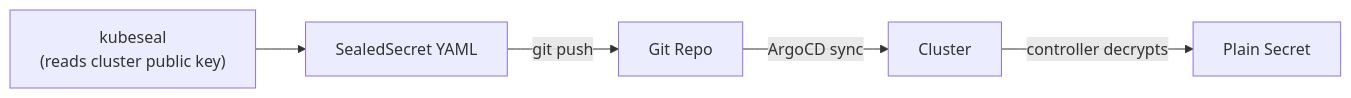
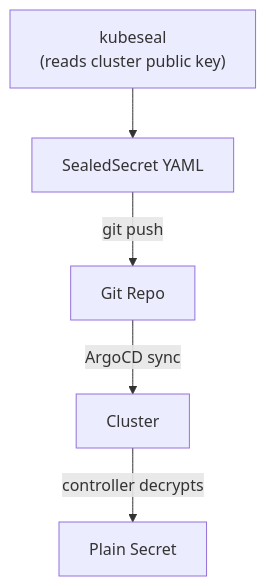
One commit to gilesknap/tpi-k3s-ansible changed the second of 2 diagrams in docs/explanations/gitops-flow.md. Above: the diagram before and after it, drawn with Mermaid. The commit also changed 10 other files, not shown here.

````diff
--- a/docs/explanations/gitops-flow.md
+++ b/docs/explanations/gitops-flow.md
@@ -80,7 +80,7 @@
 ```mermaid
-flowchart LR
+flowchart TB
     A["kubeseal<br/>(reads cluster public key)"] --> B["SealedSecret YAML"]
     B -->|"git push"| C["Git Repo"]
     C -->|"ArgoCD sync"| D["Cluster"]
     D -->|"controller decrypts"| E["Plain Secret"]
 ```
````
